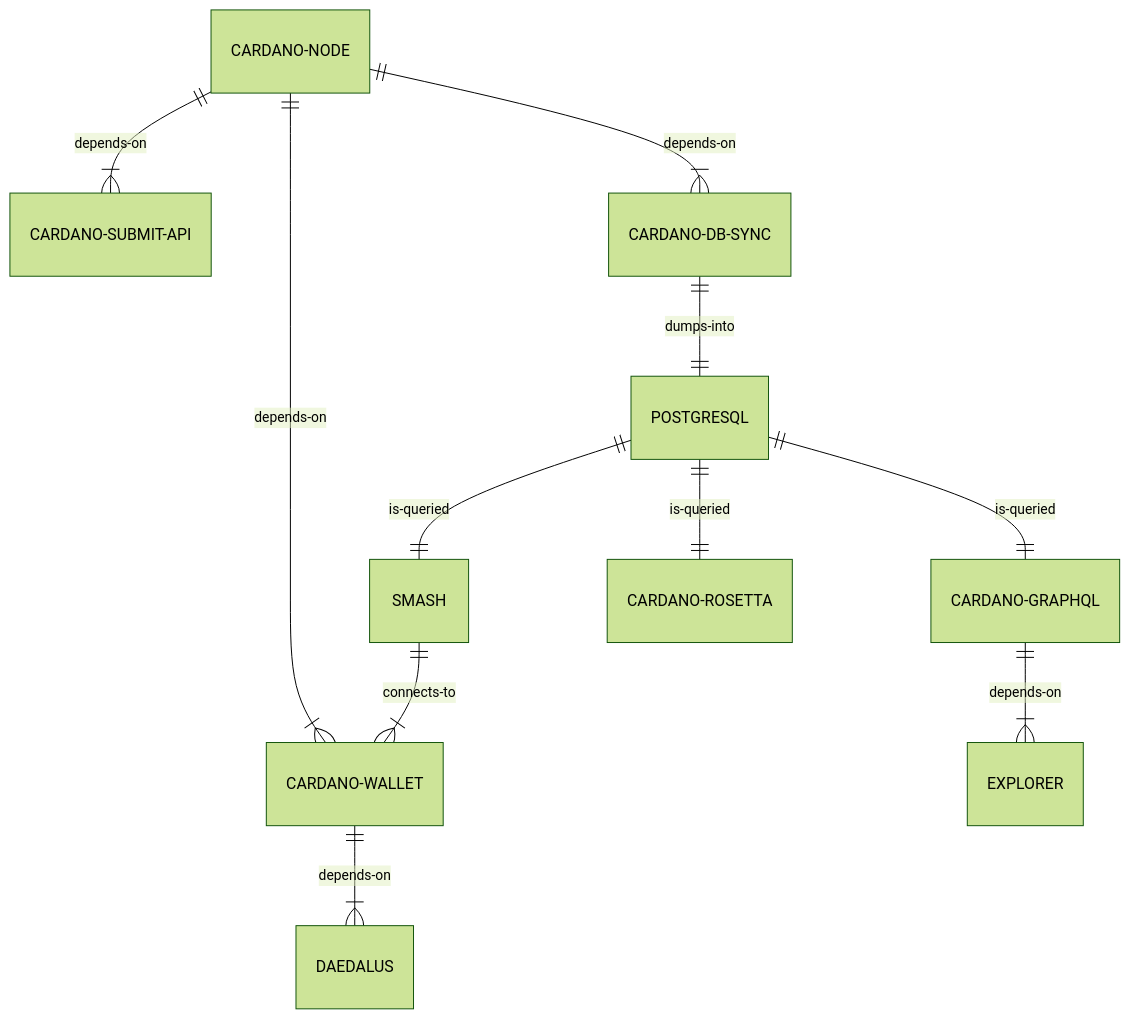
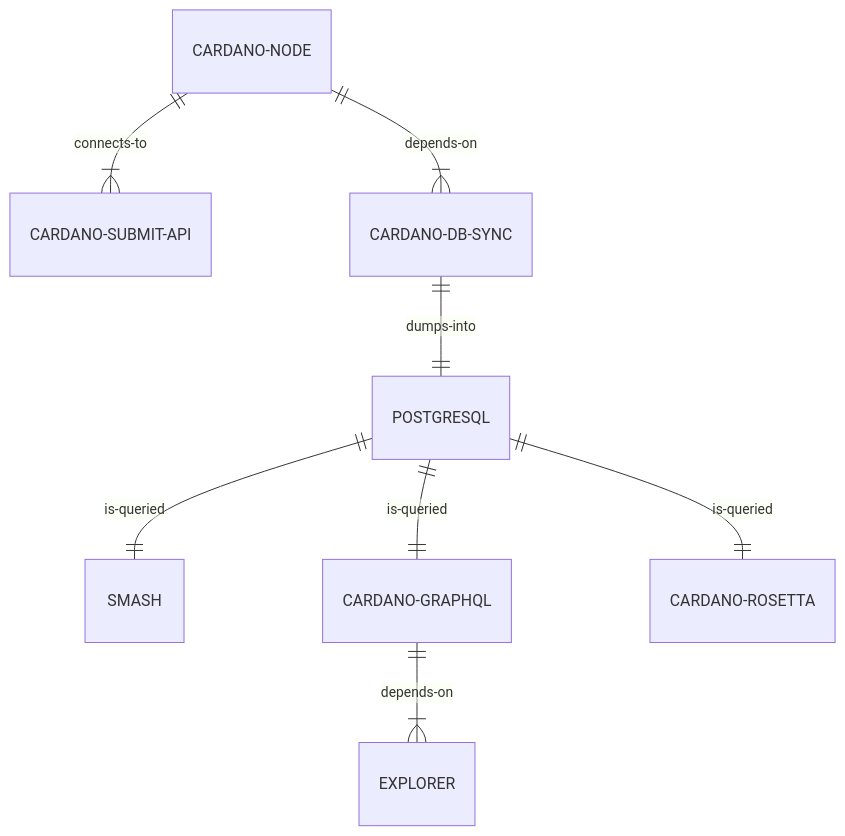
The second of 3 diagrams in docs/code/Adrestia-Architecture.md (input-output-hk/adrestia), drawn with Mermaid before and after one commit. The commit also changed other lines of this file and 3 other files, not shown here.

Commit message:
docs: Update architecture page

````diff
--- a/docs/code/Adrestia-Architecture.md
+++ b/docs/code/Adrestia-Architecture.md
@@ -42,17 +122,12 @@
 ```mermaid
-%%{init: {'theme': 'forest', "flowchart" : { "curve" : "basis" } } }%%
 erDiagram
-  CARDANO-NODE ||--|{ CARDANO-SUBMIT-API : depends-on
-  CARDANO-NODE ||--|{ CARDANO-WALLET : depends-on
+  CARDANO-NODE ||--|{ CARDANO-SUBMIT-API : connects-to
   CARDANO-NODE ||--|{ CARDANO-DB-SYNC : depends-on
 
   CARDANO-DB-SYNC ||--|| POSTGRESQL : dumps-into
   POSTGRESQL ||--|| SMASH : is-queried
   POSTGRESQL ||--|| CARDANO-GRAPHQL : is-queried
   POSTGRESQL ||--|| CARDANO-ROSETTA : is-queried
 
   CARDANO-GRAPHQL ||--|{ EXPLORER : depends-on
-
-  SMASH ||--|{ CARDANO-WALLET: connects-to
-  CARDANO-WALLET ||--|{ DAEDALUS : depends-on
 ```
````
